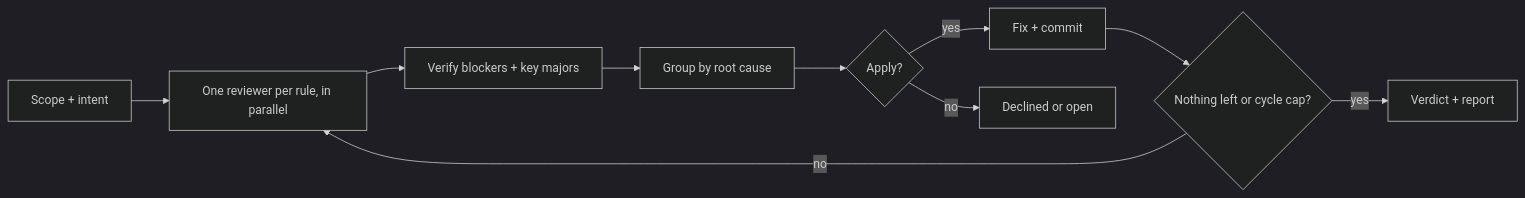
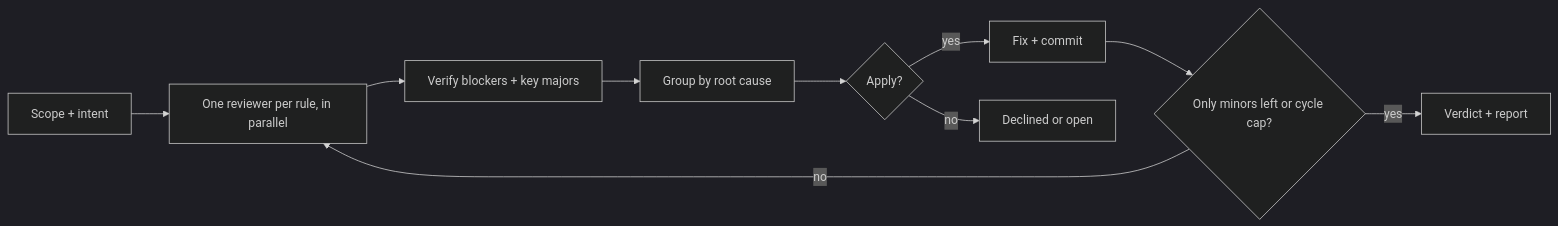
Before and after one commit to buhond/skills: the diagram in tribunal/README.md, drawn with Mermaid (dark theme). The commit also changed other lines of this file and 1 other file, not shown here.

Commit message:
tribunal: stop when only minors are left, verify all at once, fix in parallel and type check once

````diff
--- a/tribunal/README.md
+++ b/tribunal/README.md
@@ -23,12 +23,12 @@
 ```mermaid
 flowchart LR
   S[Scope + intent] --> R[One reviewer per rule, in parallel]
   R --> V[Verify blockers + key majors]
   V --> G[Group by root cause]
   G --> D{Apply?}
   D -->|yes| F[Fix + commit]
   D -->|no| O[Declined or open]
-  F --> L{Nothing left or cycle cap?}
+  F --> L{Only minors left or cycle cap?}
   L -->|no| R
   L -->|yes| P[Verdict + report]
 ```
````
